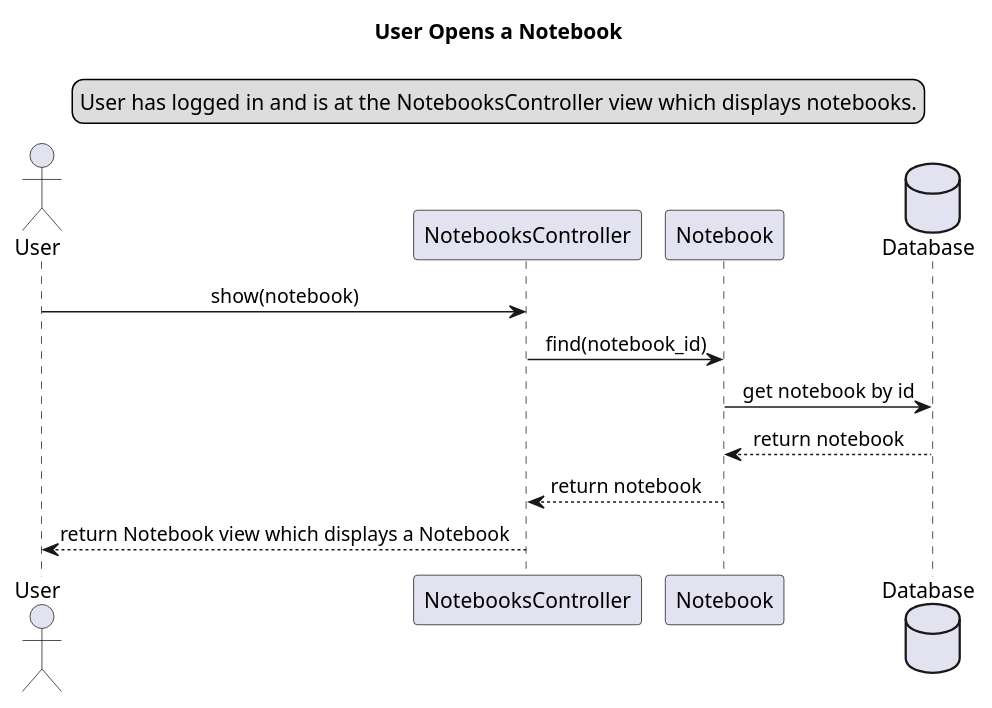
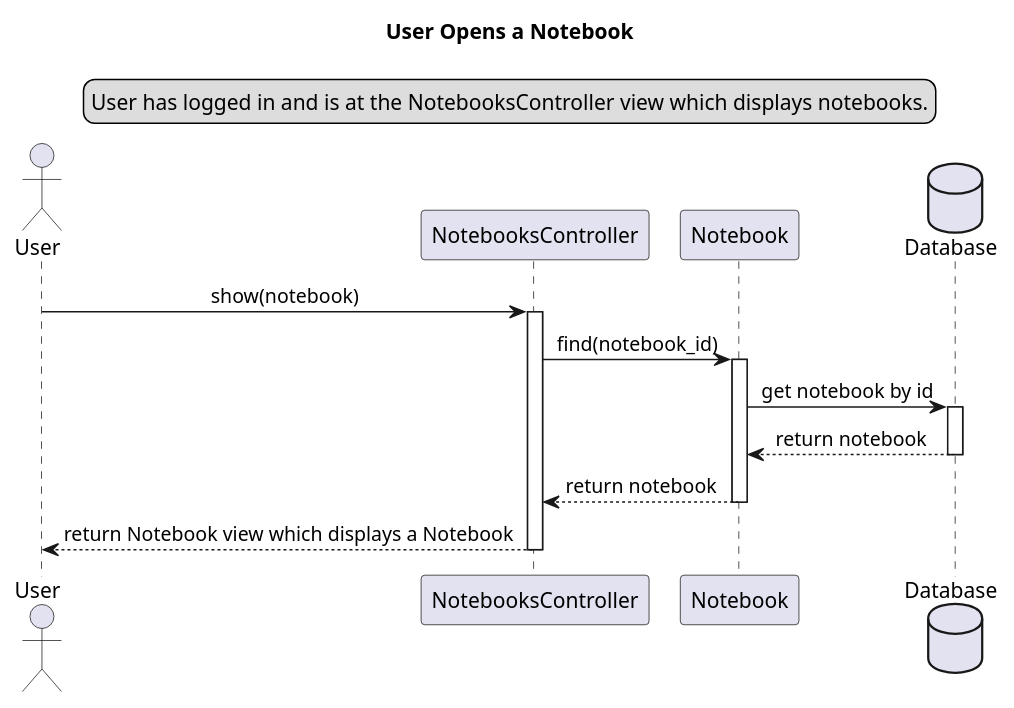
The diagram in docs/preliminary_design/open_notebook_seq.plantuml (calebschoepp/canvasync), drawn with PlantUML before and after one commit. The commit also changed 14 other files, not shown here.

```diff
--- a/docs/preliminary_design/open_notebook_seq.plantuml
+++ b/docs/preliminary_design/open_notebook_seq.plantuml
@@ -1,20 +1,25 @@
 @startuml User Opens a Notebook
 title User Opens a Notebook
 skinparam sequenceMessageAlign center
 legend top
 User has logged in and is at the NotebooksController view which displays notebooks.
 endlegend
 
 actor User as user
 participant NotebooksController as nc
 participant Notebook as n
 database Database as db
 
 user -> nc : show(notebook)
+activate nc
 nc -> n : find(notebook_id)
+activate n
 n -> db : get notebook by id
+activate db
 db --> n : return notebook
+deactivate db
 n --> nc : return notebook
+deactivate n
 nc --> user : return Notebook view which displays a Notebook
-
+deactivate nc
 @enduml
```
